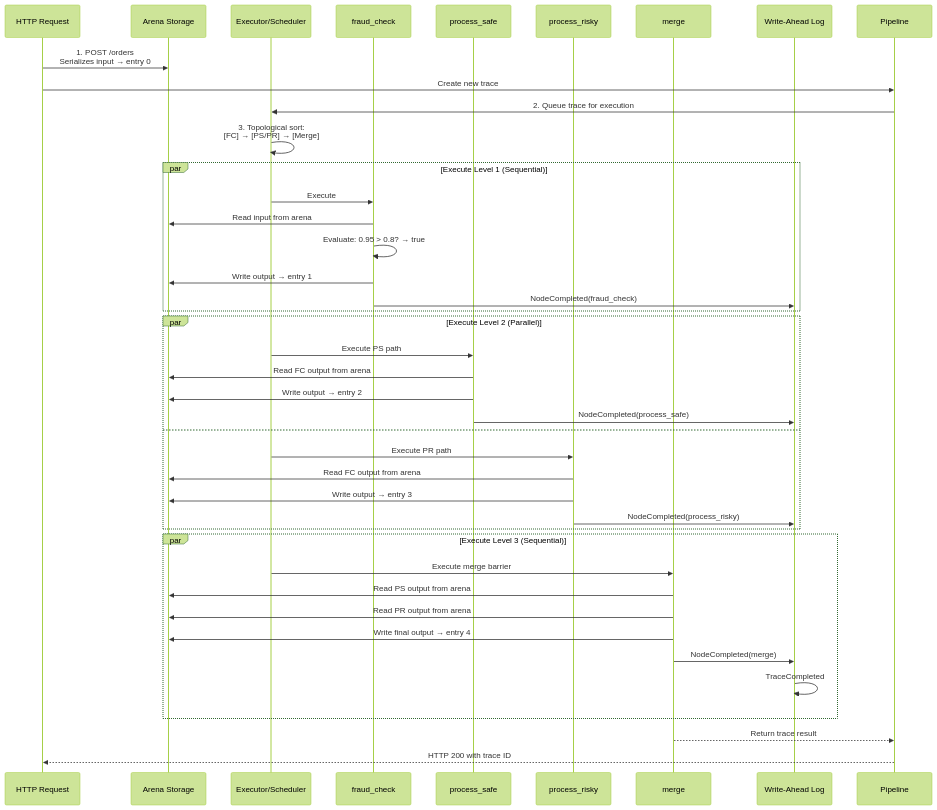
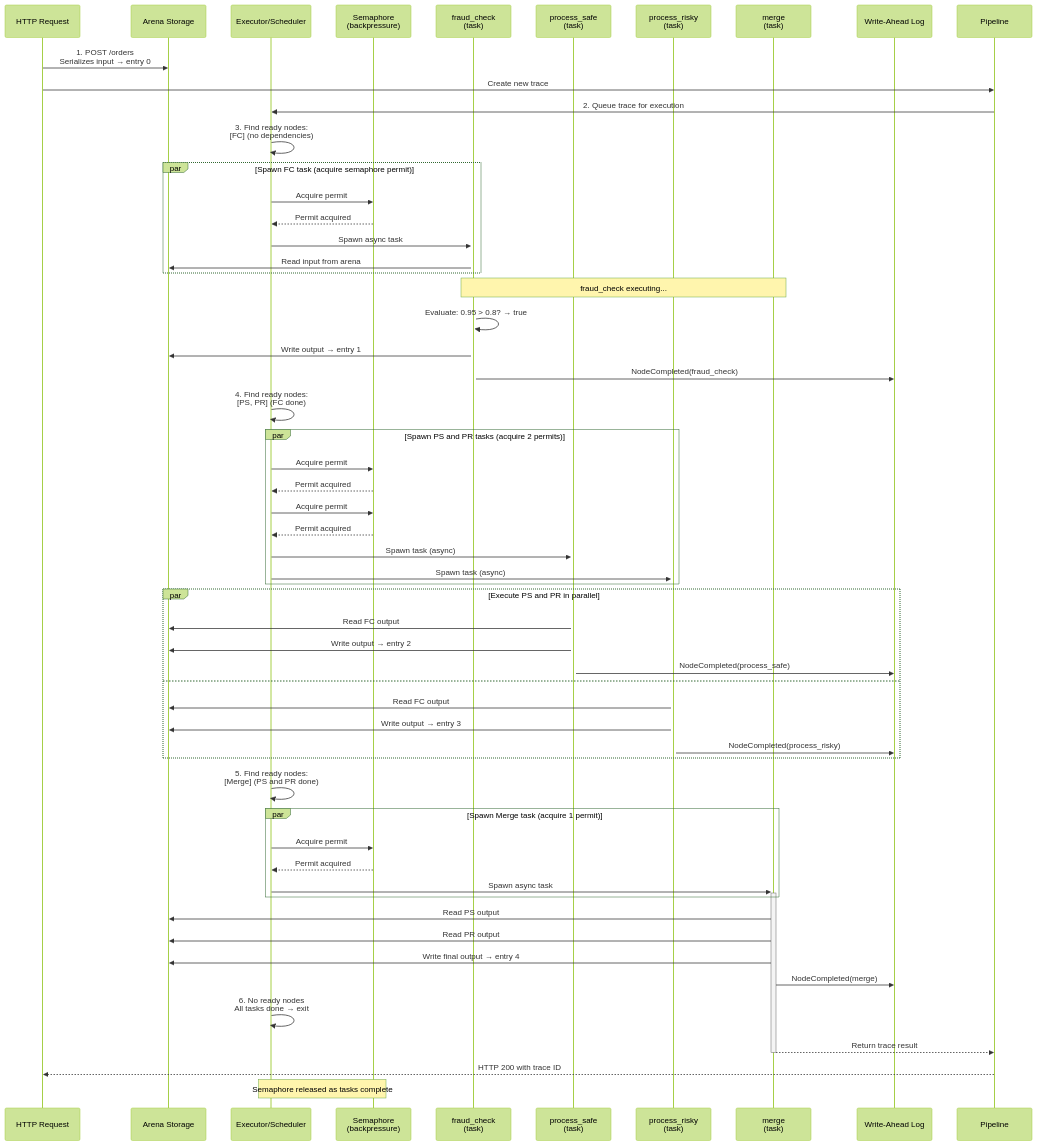
One commit to farhan-syah/xerv changed the fourth of 4 diagrams in docs/architecture.md. Above: the diagram before and after it, drawn with Mermaid (forest theme). The commit also changed other lines of this file, not shown here.

First line of the commit message:
docs(architecture): revise execution model for work-stealing scheduler

````diff
--- a/docs/architecture.md
+++ b/docs/architecture.md
@@ -611,50 +659,72 @@
 ```mermaid
 sequenceDiagram
     participant Webhook as HTTP Request
     participant Arena as Arena Storage
     participant Executor as Executor/Scheduler
-    participant FC as fraud_check
-    participant PS as process_safe
-    participant PR as process_risky
-    participant Merge as merge
+    participant Sem as Semaphore<br/>(backpressure)
+    participant FC as fraud_check<br/>(task)
+    participant PS as process_safe<br/>(task)
+    participant PR as process_risky<br/>(task)
+    participant Merge as merge<br/>(task)
     participant WAL as Write-Ahead Log
     participant Pipeline as Pipeline
 
     Webhook->>Arena: 1. POST /orders<br/>Serializes input → entry 0
     Webhook->>Pipeline: Create new trace
     Pipeline->>Executor: 2. Queue trace for execution
 
-    Executor->>Executor: 3. Topological sort:<br/>[FC] → [PS/PR] → [Merge]
+    Executor->>Executor: 3. Find ready nodes:<br/>[FC] (no dependencies)
 
-    par Execute Level 1 (Sequential)
-        Executor->>FC: Execute
+    par Spawn FC task (acquire semaphore permit)
+        Executor->>Sem: Acquire permit
+        Sem-->>Executor: Permit acquired
+        Executor->>+FC: Spawn async task
         FC->>Arena: Read input from arena
-        FC->>FC: Evaluate: 0.95 > 0.8? → true
-        FC->>Arena: Write output → entry 1
-        FC->>WAL: NodeCompleted(fraud_check)
     end
 
-    par Execute Level 2 (Parallel)
-        Executor->>PS: Execute PS path
-        PS->>Arena: Read FC output from arena
+    Note over FC,Merge: fraud_check executing...
+    FC->>FC: Evaluate: 0.95 > 0.8? → true
+    FC->>Arena: Write output → entry 1
+    FC->>WAL: NodeCompleted(fraud_check)
+
+    Executor->>Executor: 4. Find ready nodes:<br/>[PS, PR] (FC done)
+
+    par Spawn PS and PR tasks (acquire 2 permits)
+        Executor->>Sem: Acquire permit #1
+        Sem-->>Executor: Permit acquired
+        Executor->>Sem: Acquire permit #2
+        Sem-->>Executor: Permit acquired
+        Executor->>+PS: Spawn task (async)
+        Executor->>+PR: Spawn task (async)
+    end
+
+    par Execute PS and PR in parallel
+        PS->>Arena: Read FC output
         PS->>Arena: Write output → entry 2
         PS->>WAL: NodeCompleted(process_safe)
     and
-        Executor->>PR: Execute PR path
-        PR->>Arena: Read FC output from arena
+        PR->>Arena: Read FC output
         PR->>Arena: Write output → entry 3
         PR->>WAL: NodeCompleted(process_risky)
     end
 
-    par Execute Level 3 (Sequential)
-        Executor->>Merge: Execute merge barrier
-        Merge->>Arena: Read PS output from arena
-        Merge->>Arena: Read PR output from arena
-        Merge->>Arena: Write final output → entry 4
-        Merge->>WAL: NodeCompleted(merge)
-        WAL->>WAL: TraceCompleted
+    Executor->>Executor: 5. Find ready nodes:<br/>[Merge] (PS and PR done)
+
+    par Spawn Merge task (acquire 1 permit)
+        Executor->>Sem: Acquire permit #3
+        Sem-->>Executor: Permit acquired
+        Executor->>+Merge: Spawn async task
     end
 
-    Merge-->>Pipeline: Return trace result
+    Merge->>Arena: Read PS output
+    Merge->>Arena: Read PR output
+    Merge->>Arena: Write final output → entry 4
+    Merge->>WAL: NodeCompleted(merge)
+
+    Executor->>Executor: 6. No ready nodes<br/>All tasks done → exit
+
+    Merge-->>-Pipeline: Return trace result
     Pipeline-->>Webhook: HTTP 200 with trace ID
+
+    Note over Executor,Sem: Semaphore released as tasks complete
 ```
````
